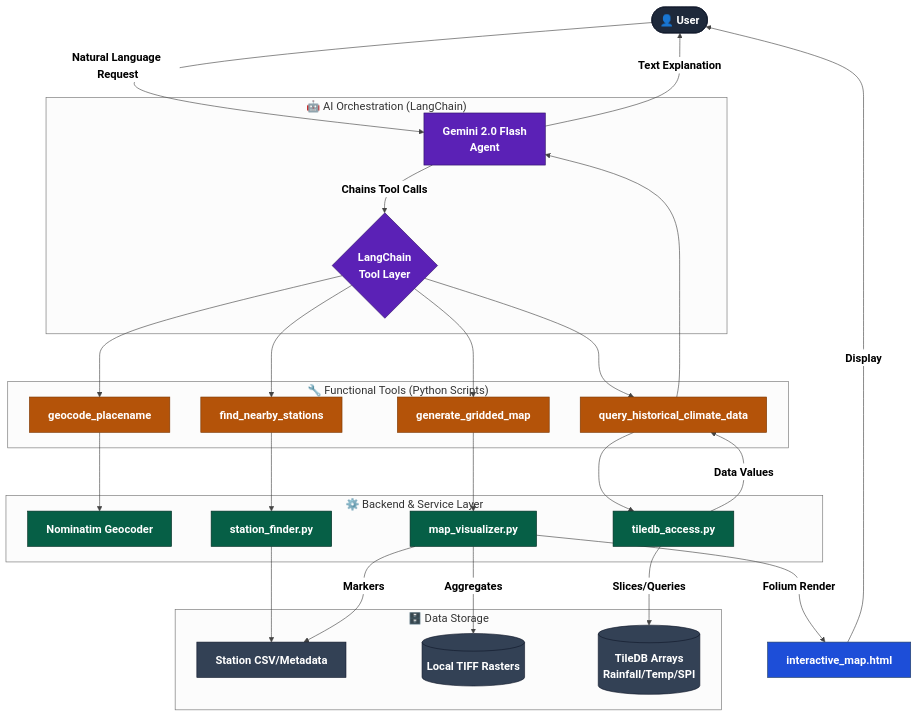
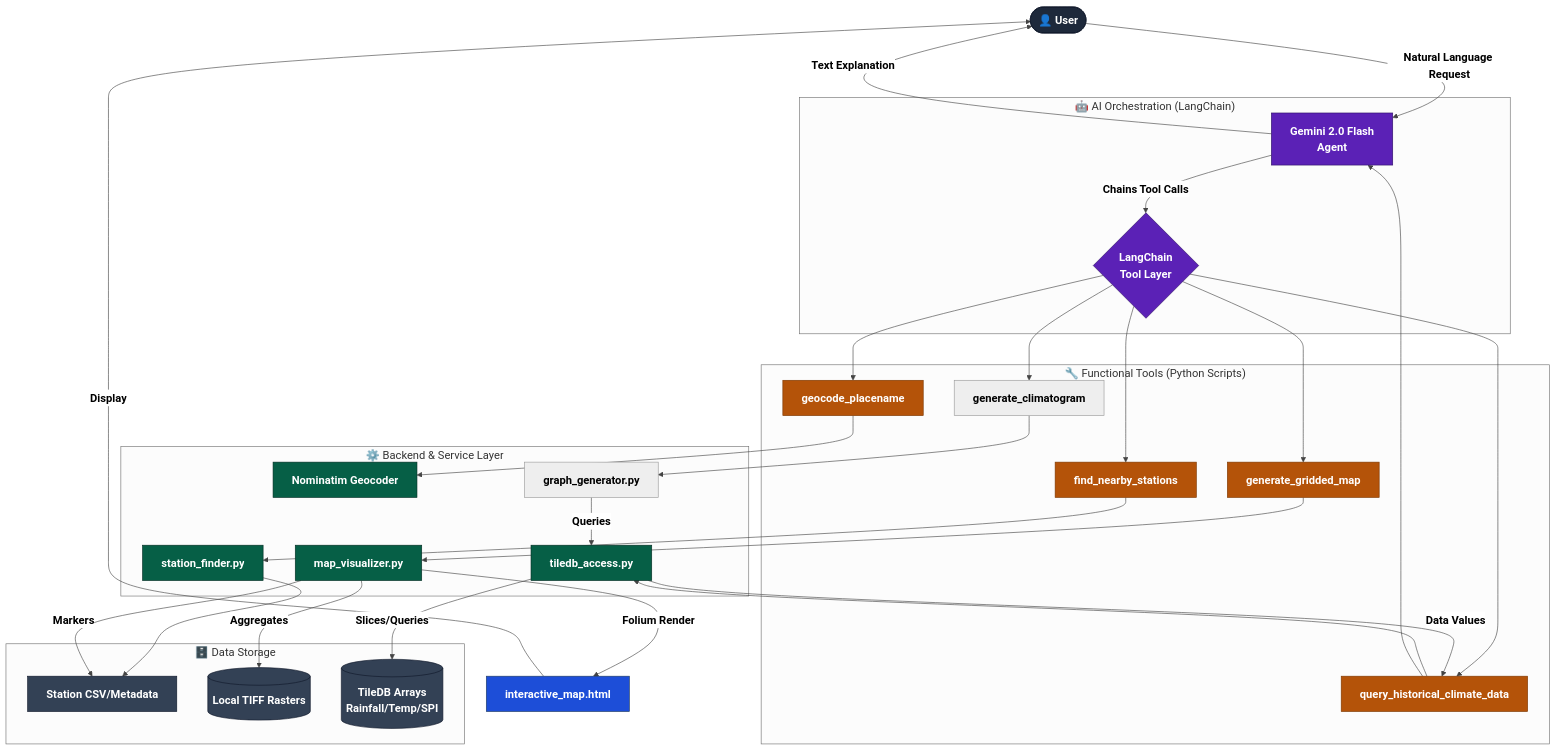
One commit to toddhy/Hawaii-Climate-Data-AI changed the first of 3 diagrams in WORKFLOW.md. Above: the diagram before and after it, drawn with Mermaid. The commit also changed other lines of this file and 2 other files, not shown here.

Commit message:
Update diagram and tools documentation with climatogram generation information.

````diff
--- a/WORKFLOW.md
+++ b/WORKFLOW.md
@@ -9,76 +9,81 @@
 ```mermaid
 %%{init: {'theme': 'neutral', 'themeVariables': {'fontSize': '18px', 'fontFamily': 'trebuchet ms', 'primaryTextColor': '#111111', 'lineColor': '#444444', 'subgraphTitleSize': '22px'}}}%%
 graph TD
     %% Entities
     User(["👤 <b>User</b>"])
 
     subgraph "🤖 AI Orchestration (LangChain)<br/>"
         Agent["<b>Gemini 2.0 Flash</b><br/>Agent"]
         Tools{"<b>LangChain</b><br/>Tool Layer"}
     end
 
     subgraph "🔧 Functional Tools (Python Scripts)<br/>"
         G["<b>geocode_placename</b>"]
         F["<b>find_nearby_stations</b>"]
         M["<b>generate_gridded_map</b>"]
+        C["<b>generate_climatogram</b>"]
         Q["<b>query_historical_climate_data</b>"]
     end
 
     subgraph "⚙️ Backend & Service Layer<br/>"
         Geo["<b>Nominatim Geocoder</b>"]
         Finder["<b>station_finder.py</b>"]
         Vis["<b>map_visualizer.py</b>"]
+        Grapher["<b>graph_generator.py</b>"]
         TileAPI["<b>tiledb_access.py</b>"]
     end
 
     subgraph "🗄️ Data Storage<br/>"
         CSV["<b>Station CSV/Metadata</b>"]
         TIFFs[("<b>Local TIFF Rasters</b>")]
         TDB[("<b>TileDB Arrays</b><br/>Rainfall/Temp/SPI")]
     end
 
     %% Flow: Input
     User -- "<b>Natural Language Request</b>" --> Agent
     Agent -- "<b>Chains Tool Calls</b>" --> Tools
 
     %% Flow: Tools
     Tools --> G
     Tools --> F
     Tools --> M
+    Tools --> C
     Tools --> Q
 
     %% Flow: Tool -> Logic
     G --> Geo
     F --> Finder
     M --> Vis
+    C --> Grapher
     Q --> TileAPI
 
     %% Flow: Logic -> Data
     Finder --> CSV
     Vis -- "<b>Aggregates</b>" --> TIFFs
     Vis -- "<b>Markers</b>" --> CSV
+    Grapher -- "<b>Queries</b>" --> TileAPI
     TileAPI -- "<b>Slices/Queries</b>" --> TDB
 
     %% Flow: Output
     Vis -- "<b>Folium Render</b>" --> HTML["<b>interactive_map.html</b>"]
     TileAPI -- "<b>Data Values</b>" --> Q
 
     HTML -- "<b>Display</b>" --> User
     Q --> Agent
     Agent -- "<b>Text Explanation</b>" --> User
 
     %% Styles — deep fills, white text, bold
     classDef user        fill:#1e293b,stroke:#0f172a,color:#ffffff,font-weight:bold
     classDef orchestrate fill:#5B21B6,stroke:#2e1065,color:#ffffff,font-weight:bold
     classDef tools       fill:#B45309,stroke:#7c3700,color:#ffffff,font-weight:bold
     classDef apis        fill:#065F46,stroke:#022c22,color:#ffffff,font-weight:bold
     classDef data        fill:#334155,stroke:#0f172a,color:#ffffff,font-weight:bold
     classDef output      fill:#1D4ED8,stroke:#1e3a5f,color:#ffffff,font-weight:bold
 
     class User user
     class Agent,Tools orchestrate
     class G,F,M,Q tools
     class Geo,Finder,Vis,TileAPI apis
     class CSV,TIFFs,TDB data
     class HTML output
 ```
````
